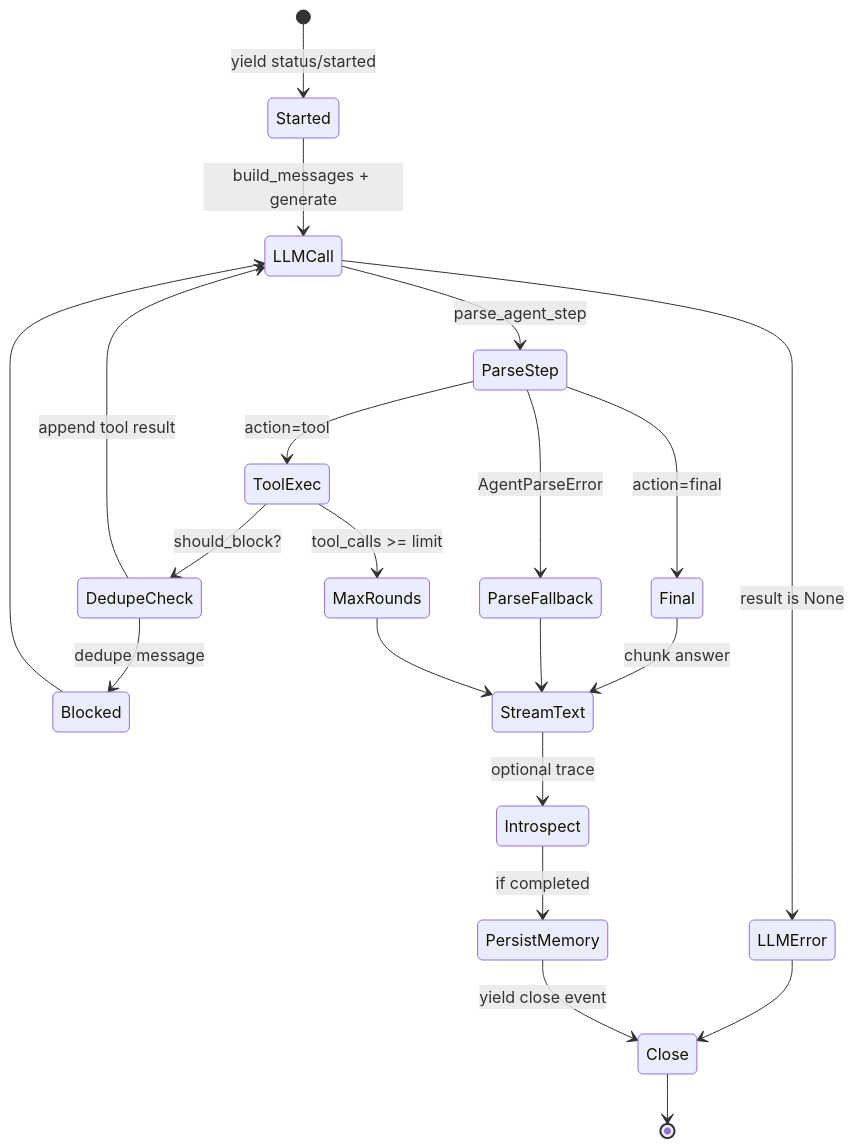
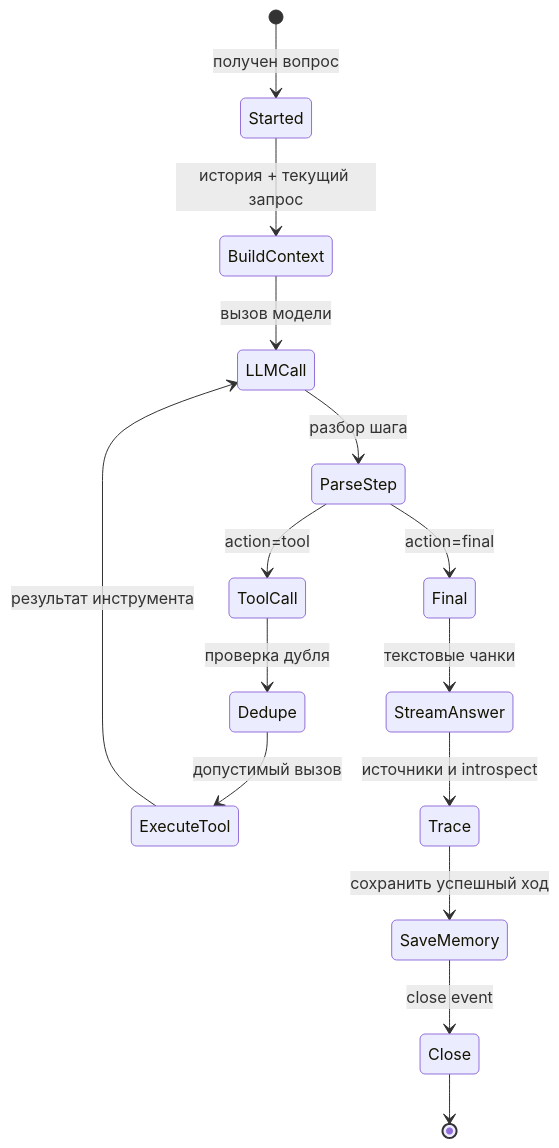
The diagram in docs/generated/04-agent-runtime.md (Boldurev16/ea-agent-platform-docs), drawn with Mermaid before and after one commit. The commit also changed other lines of this file and 51 other files, not shown here.

````diff
--- a/docs/generated/04-agent-runtime.md
+++ b/docs/generated/04-agent-runtime.md
@@ -15,23 +17,17 @@
 ```mermaid
 stateDiagram-v2
-    [*] --> Started: yield status/started
-    Started --> LLMCall: build_messages + generate
-    LLMCall --> ParseStep: parse_agent_step
-    ParseStep --> Final: action=final
-    ParseStep --> ToolExec: action=tool
-    ParseStep --> ParseFallback: AgentParseError
-    ToolExec --> DedupeCheck: should_block?
-    DedupeCheck --> LLMCall: append tool result
-    DedupeCheck --> Blocked: dedupe message
-    Blocked --> LLMCall
-    ToolExec --> MaxRounds: tool_calls >= limit
-    LLMCall --> LLMError: result is None
-    Final --> StreamText: chunk answer
-    ParseFallback --> StreamText
-    MaxRounds --> StreamText
-    LLMError --> Close
-    StreamText --> Introspect: optional trace
-    Introspect --> PersistMemory: if completed
-    PersistMemory --> Close: yield close event
-    Close --> [*]
+  [*] --> Started: получен вопрос
+  Started --> BuildContext: история + текущий запрос
+  BuildContext --> LLMCall: вызов модели
+  LLMCall --> ParseStep: разбор шага
+  ParseStep --> ToolCall: action=tool
+  ParseStep --> Final: action=final
+  ToolCall --> Dedupe: проверка дубля
+  Dedupe --> ExecuteTool: допустимый вызов
+  ExecuteTool --> LLMCall: результат инструмента
+  Final --> StreamAnswer: текстовые чанки
+  StreamAnswer --> Trace: источники и introspect
+  Trace --> SaveMemory: сохранить успешный ход
+  SaveMemory --> Close: close event
+  Close --> [*]
 ```
````
